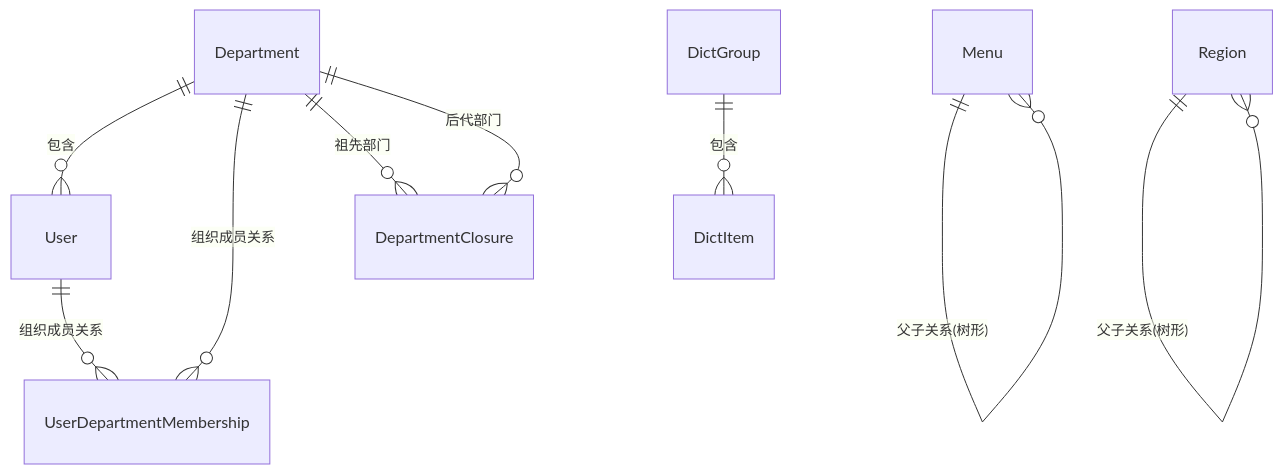
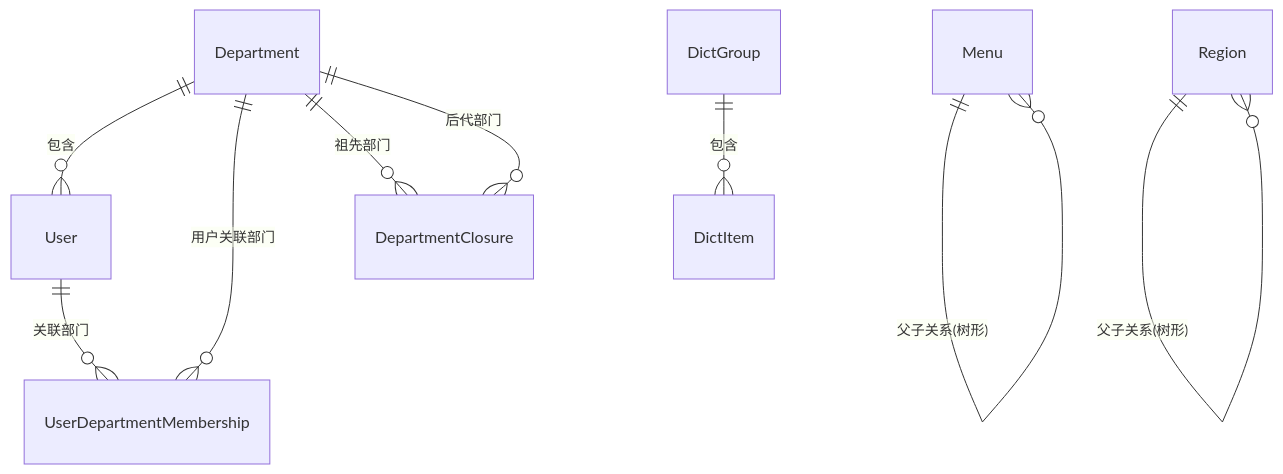
The second of 6 diagrams in docs/后端/20-数据模型/00-实体关系图.md (yangxj96/spectra-docs), drawn with Mermaid before and after one commit. The commit also changed other lines of this file and 11 other files, not shown here.

````diff
--- a/docs/后端/20-数据模型/00-实体关系图.md
+++ b/docs/后端/20-数据模型/00-实体关系图.md
@@ -38,11 +38,11 @@
 ```mermaid
 erDiagram
     Department ||--o{ User : "包含"
-    User ||--o{ UserDepartmentMembership : "组织成员关系"
-    Department ||--o{ UserDepartmentMembership : "组织成员关系"
+    User ||--o{ UserDepartmentMembership : "关联部门"
+    Department ||--o{ UserDepartmentMembership : "用户关联部门"
     Department ||--o{ DepartmentClosure : "祖先部门"
     Department ||--o{ DepartmentClosure : "后代部门"
     Menu ||--o{ Menu : "父子关系(树形)"
     Region ||--o{ Region : "父子关系(树形)"
     DictGroup ||--o{ DictItem : "包含"
 ```
````
